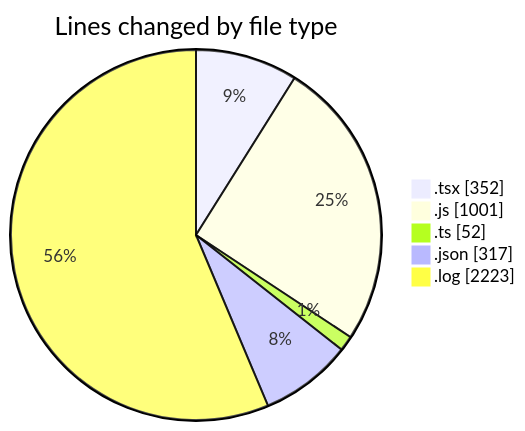
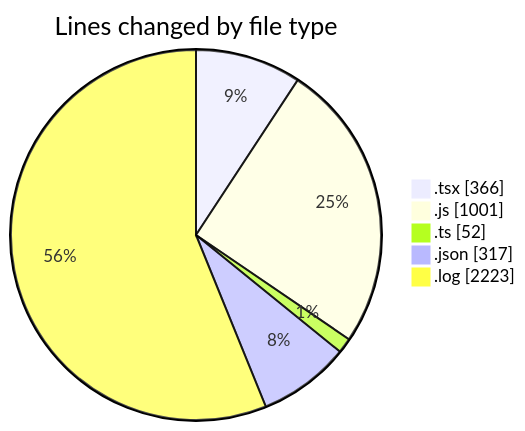
One commit to momahboobian/code-tracking changed the first of 2 diagrams in 2026-04-17/cda/README.md. Above: the diagram before and after it, drawn with Mermaid. The commit also changed other lines of this file and 1 other file, not shown here.

````diff
--- a/2026-04-17/cda/README.md
+++ b/2026-04-17/cda/README.md
@@ -33,9 +33,9 @@
 ```mermaid
 pie showData
 title Lines changed by file type
-".tsx" : 352
+".tsx" : 366
 ".js" : 1001
 ".ts" : 52
 ".json" : 317
 ".log" : 2223
 ```
````
